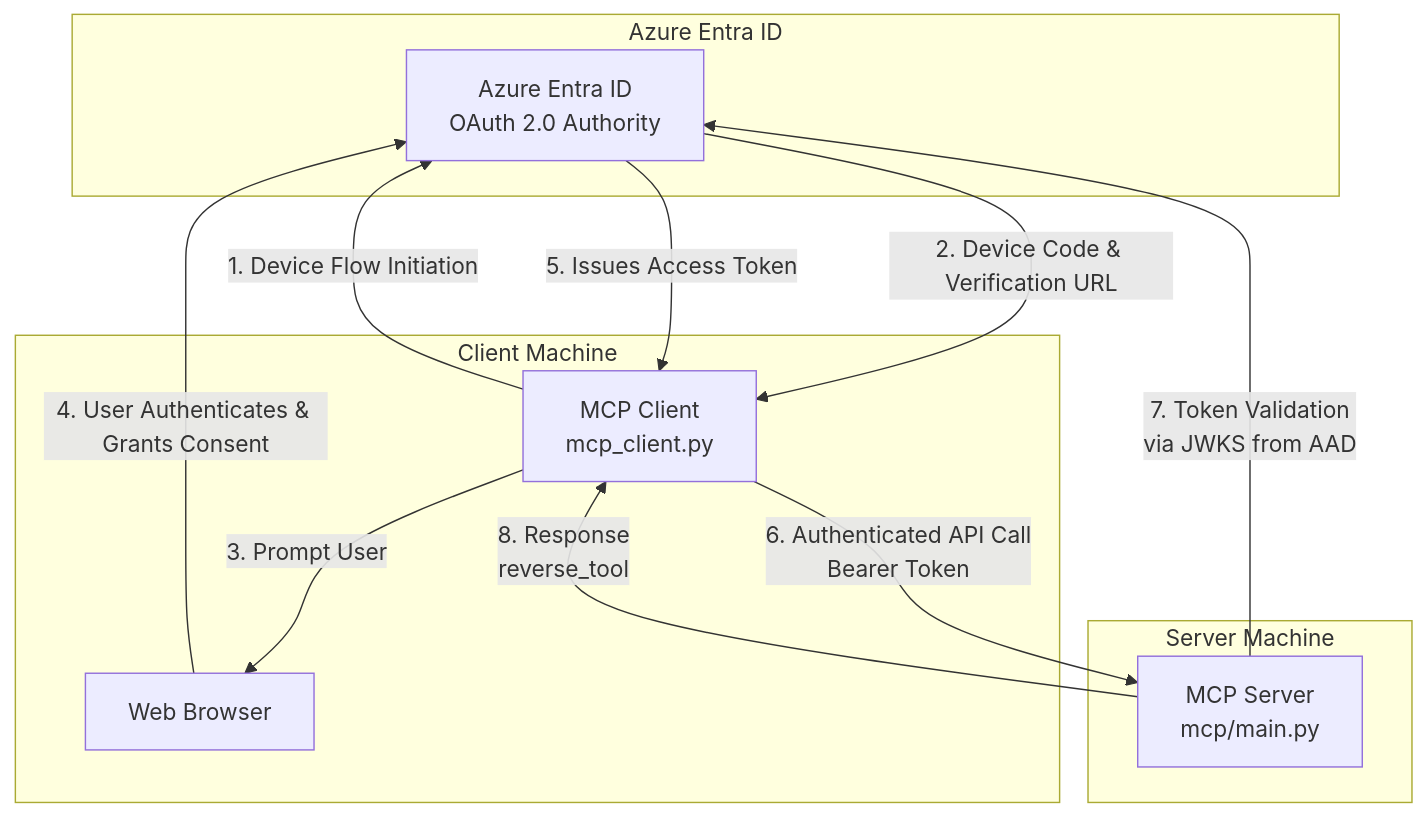
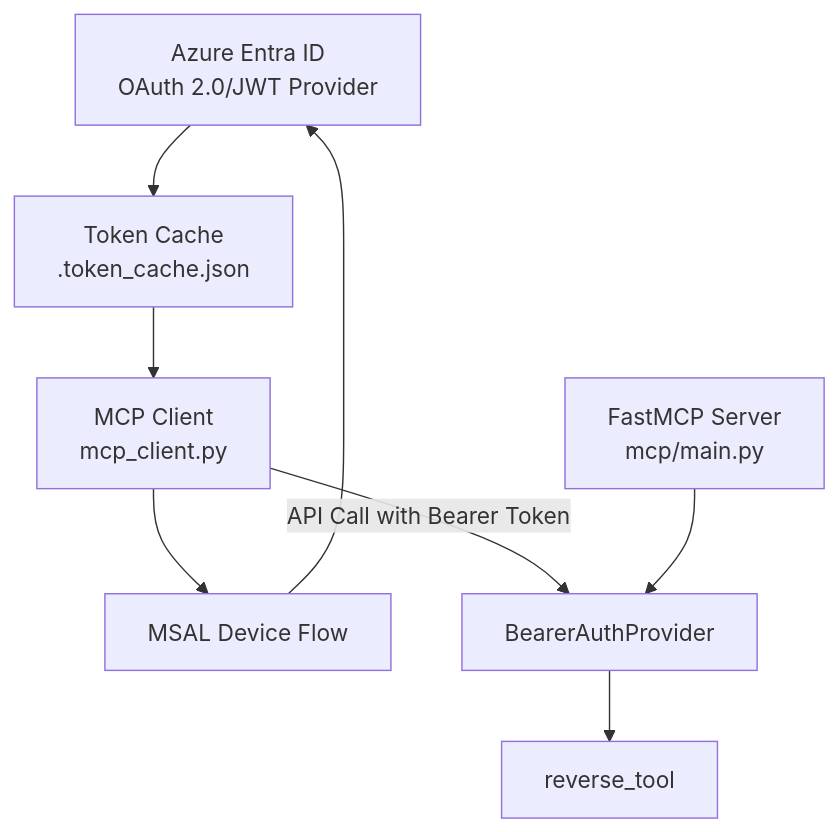
One commit to gbaeke/fastmcp-auth changed the diagram in README.md. Above: the diagram before and after it, drawn with Mermaid.

Commit message:
fix: update diagram for device flow authentication in README.md for clarity and accuracy

````diff
--- a/README.md
+++ b/README.md
@@ -11,24 +12,21 @@
 ```mermaid
-flowchart TD
-    subgraph Azure Entra ID
-        AAD[Azure Entra ID<br/>OAuth 2.0 Authority]
-    end
-
-    subgraph Client Machine
-        CLI[MCP Client<br/>mcp_client.py]
-        Browser[Web Browser]
-    end
-
-    subgraph Server Machine
-        Srv[MCP Server<br/>mcp/main.py]
-    end
-
-    CLI -- "1. Device Flow Initiation" --> AAD
-    AAD -- "2. Device Code & Verification URL" --> CLI
-    CLI -- "3. Prompt User" --> Browser
-    Browser -- "4. User Authenticates & Grants Consent" --> AAD
-    AAD -- "5. Issues Access Token" --> CLI
-    CLI -- "6. Authenticated API Call<br/>Bearer Token" --> Srv
-    Srv -- "7. Token Validation<br/>via JWKS from AAD" --> AAD
-    Srv -- "8. Response<br/>reverse_tool" --> CLI
+graph TD
+    AAD[Azure Entra ID<br>OAuth 2.0/JWT Provider] 
+    
+    C[MCP Client<br>mcp_client.py]
+    DF[MSAL Device Flow]
+    TC[Token Cache<br>.token_cache.json]
+    
+    S[FastMCP Server<br>mcp/main.py]
+    AUTH[BearerAuthProvider]
+    TOOL[reverse_tool]
+    
+    C --> DF
+    DF --> AAD
+    AAD --> TC
+    TC --> C
+    
+    C --> |API Call with Bearer Token| AUTH
+    
+    S --> AUTH --> TOOL
 ```
````
